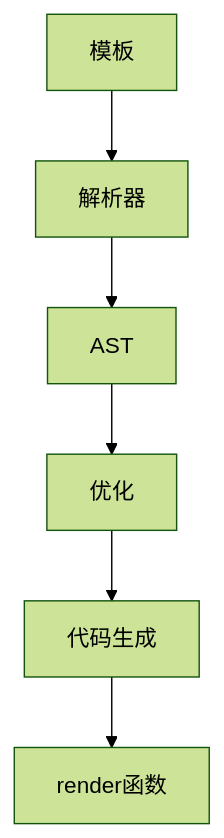
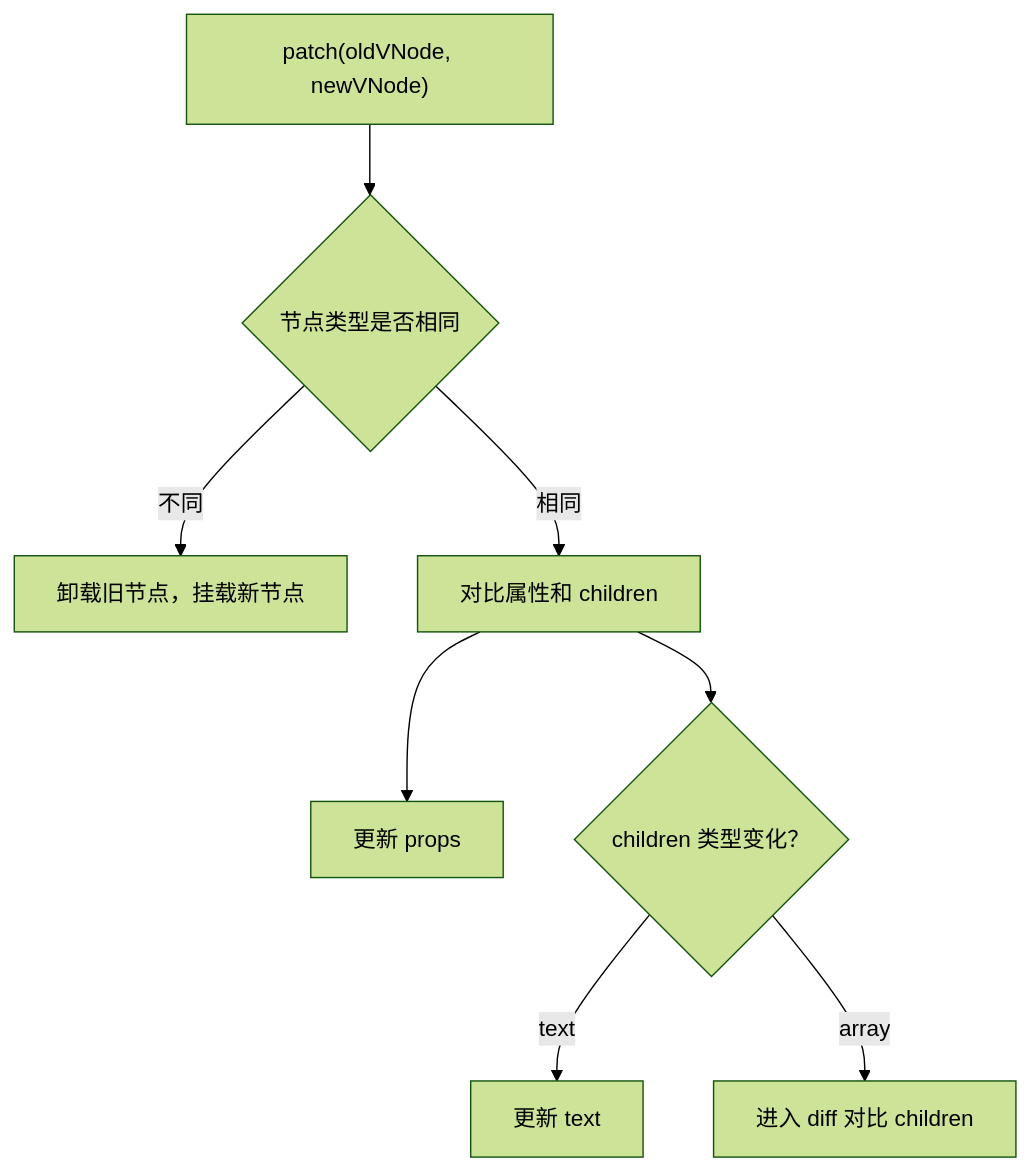
The fourth of 5 diagrams in vue/渲染机制.md (hzjswlgbsj/blog), drawn with Mermaid (forest theme) before and after one commit. The commit also changed other lines of this file and 1 other file, not shown here.

````diff
--- a/vue/渲染机制.md
+++ b/vue/渲染机制.md
@@ -217,8 +659,10 @@
 ```mermaid
 graph TD
-    A[模板] --> B[解析器]
-    B --> C[AST]
-    C --> D[优化]
-    D --> E[代码生成]
-    E --> F[render函数]
+  A["patch(oldVNode, newVNode)"] --> B{节点类型是否相同}
+  B -- 不同 --> C[卸载旧节点，挂载新节点]
+  B -- 相同 --> D[对比属性和 children]
+  D --> E[更新 props]
+  D --> F{children 类型变化？}
+  F -- text --> G[更新 text]
+  F -- array --> H[进入 diff 对比 children]
 ```
````
